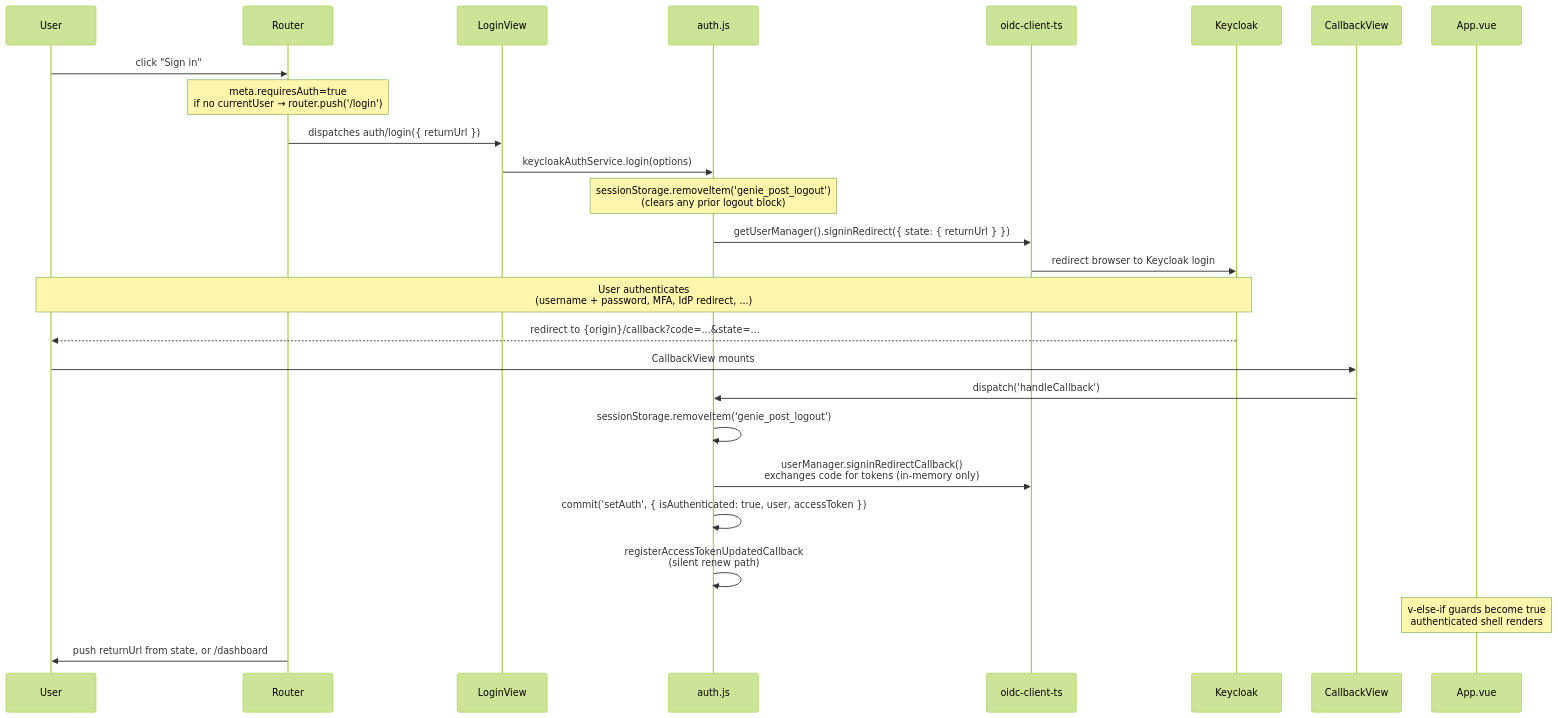
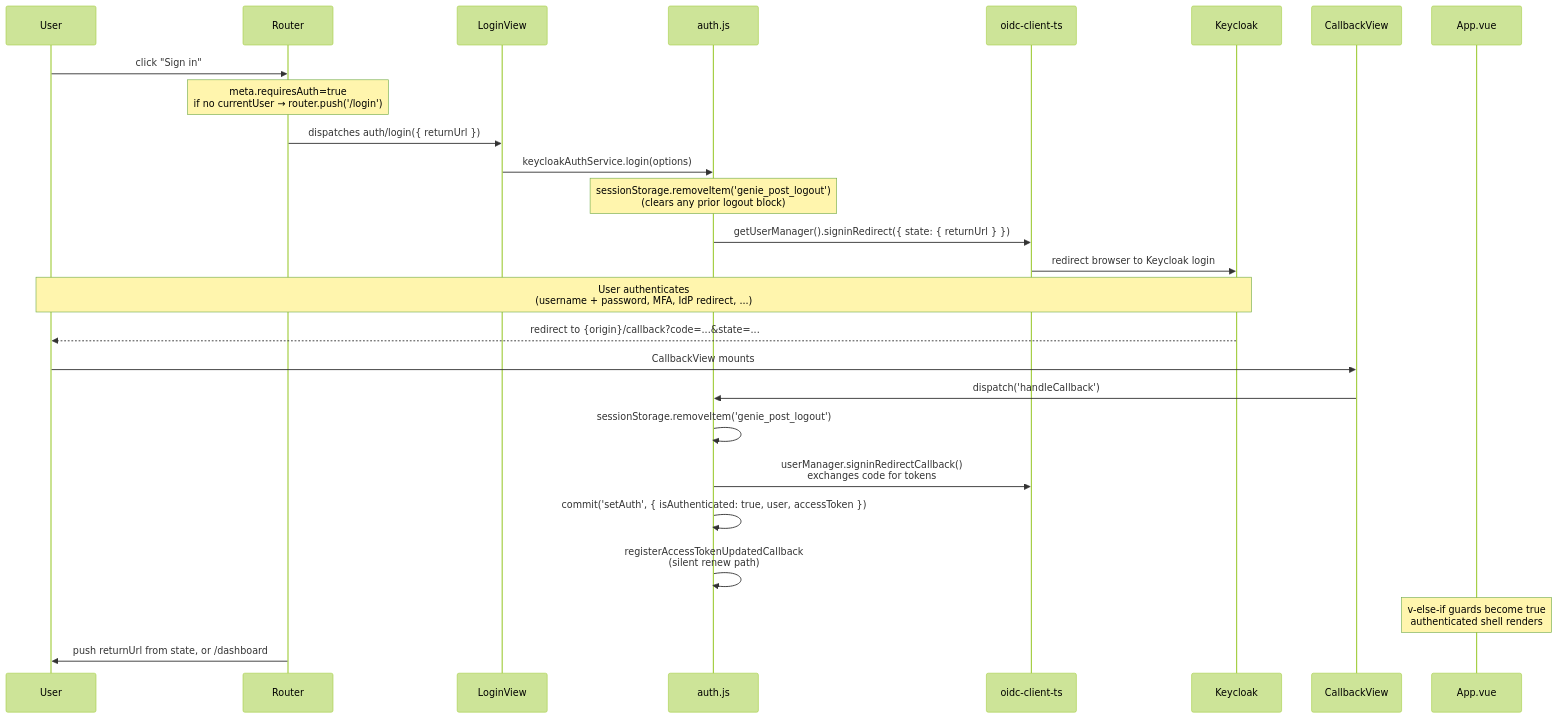
The diagram in site/content/en/docs/frontend/auth-flow.md (jrevillard/genie-ai-replica), drawn with Mermaid (forest theme) before and after one commit. The commit also changed other lines of this file and 9 other files, not shown here.

````diff
--- a/site/content/en/docs/frontend/auth-flow.md
+++ b/site/content/en/docs/frontend/auth-flow.md
@@ -57,29 +57,29 @@
 ```mermaid
 sequenceDiagram
     participant U as User
     participant R as Router
     participant V as LoginView
     participant A as auth.js
     participant S as oidc-client-ts
     participant K as Keycloak
     participant C as CallbackView
     participant App as App.vue
 
     U->>R: click "Sign in"
     Note over R: meta.requiresAuth=true<br/>if no currentUser → router.push('/login')
     R->>V: dispatches auth/login({ returnUrl })
     V->>A: keycloakAuthService.login(options)
     Note over A: sessionStorage.removeItem('genie_post_logout')<br/>(clears any prior logout block)
     A->>S: getUserManager().signinRedirect({ state: { returnUrl } })
     S->>K: redirect browser to Keycloak login
     Note over U,K: User authenticates<br/>(username + password, MFA, IdP redirect, ...)
     K-->>U: redirect to {origin}/callback?code=...&state=...
     U->>C: CallbackView mounts
     C->>A: dispatch('handleCallback')
     A->>A: sessionStorage.removeItem('genie_post_logout')
-    A->>S: userManager.signinRedirectCallback()<br/>exchanges code for tokens (in-memory only)
+    A->>S: userManager.signinRedirectCallback()<br/>exchanges code for tokens
     A->>A: commit('setAuth', { isAuthenticated: true, user, accessToken })
     A->>A: registerAccessTokenUpdatedCallback<br/>(silent renew path)
     Note over App: v-else-if guards become true<br/>authenticated shell renders
     R->>U: push returnUrl from state, or /dashboard
 ```
````
